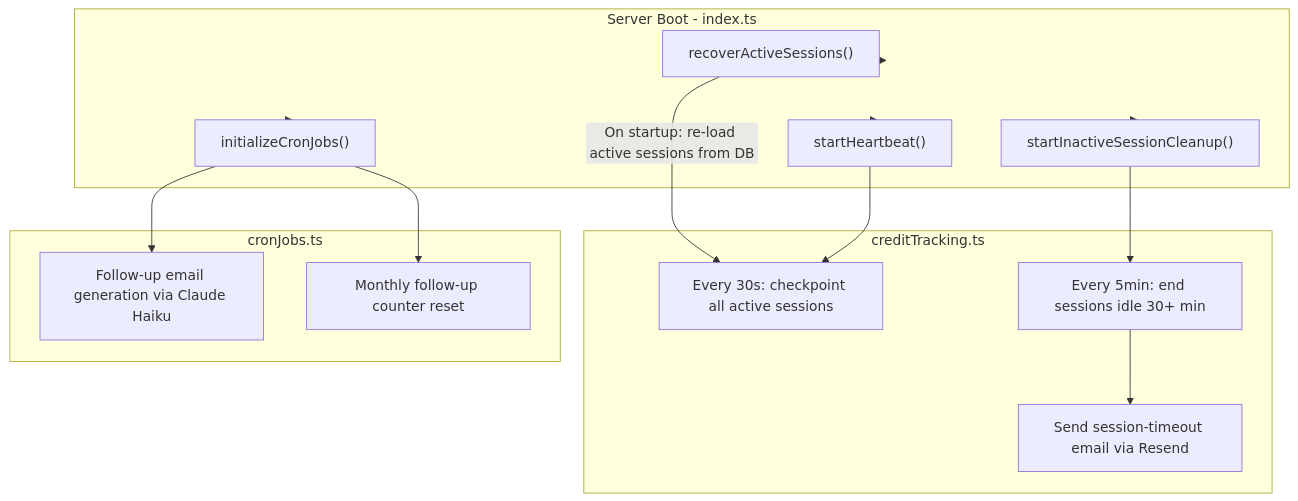
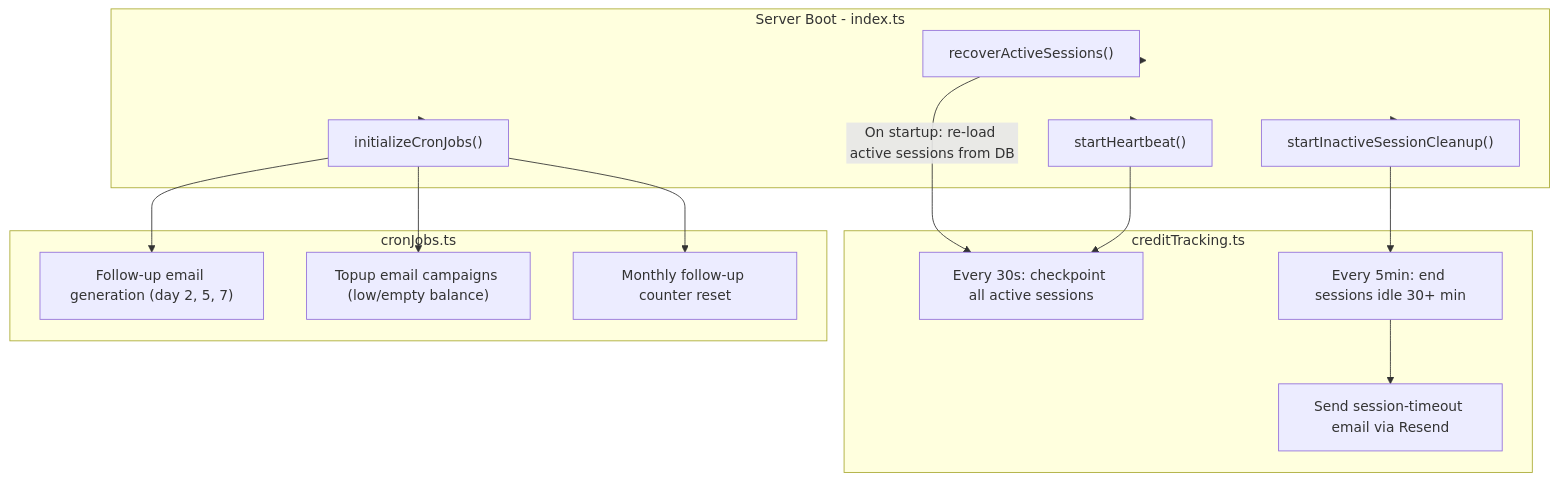
One commit to Rober7640/The-Seer-Within-V2 changed the sixth of 10 diagrams in docs/ARCHITECTURE.md. Above: the diagram before and after it, drawn with Mermaid. The commit also changed other lines of this file and 199 other files, not shown here.

````diff
--- a/docs/ARCHITECTURE.md
+++ b/docs/ARCHITECTURE.md
@@ -556,32 +489,34 @@
 ```mermaid
 flowchart TB
     subgraph serverBoot [Server Boot - index.ts]
         Recover["recoverActiveSessions()"]
         Heartbeat["startHeartbeat()"]
         Cleanup["startInactiveSessionCleanup()"]
         Cron["initializeCronJobs()"]
     end
 
     subgraph creditTracking [creditTracking.ts]
         HBTimer["Every 30s: checkpoint all active sessions"]
         IdleTimer["Every 5min: end sessions idle 30+ min"]
         TimeoutEmail["Send session-timeout email via Resend"]
     end
 
     subgraph cronJobs [cronJobs.ts]
-        FollowUp["Follow-up email generation via Claude Haiku"]
+        FollowUp["Follow-up email generation (day 2, 5, 7)"]
+        TopupEmail["Topup email campaigns (low/empty balance)"]
         MonthlyReset["Monthly follow-up counter reset"]
     end
 
     serverBoot --> Recover
     serverBoot --> Heartbeat
     serverBoot --> Cleanup
     serverBoot --> Cron
 
     Recover -->|"On startup: re-load active sessions from DB"| HBTimer
     Heartbeat --> HBTimer
     Cleanup --> IdleTimer
     IdleTimer --> TimeoutEmail
     Cron --> FollowUp
+    Cron --> TopupEmail
     Cron --> MonthlyReset
 ```
````
